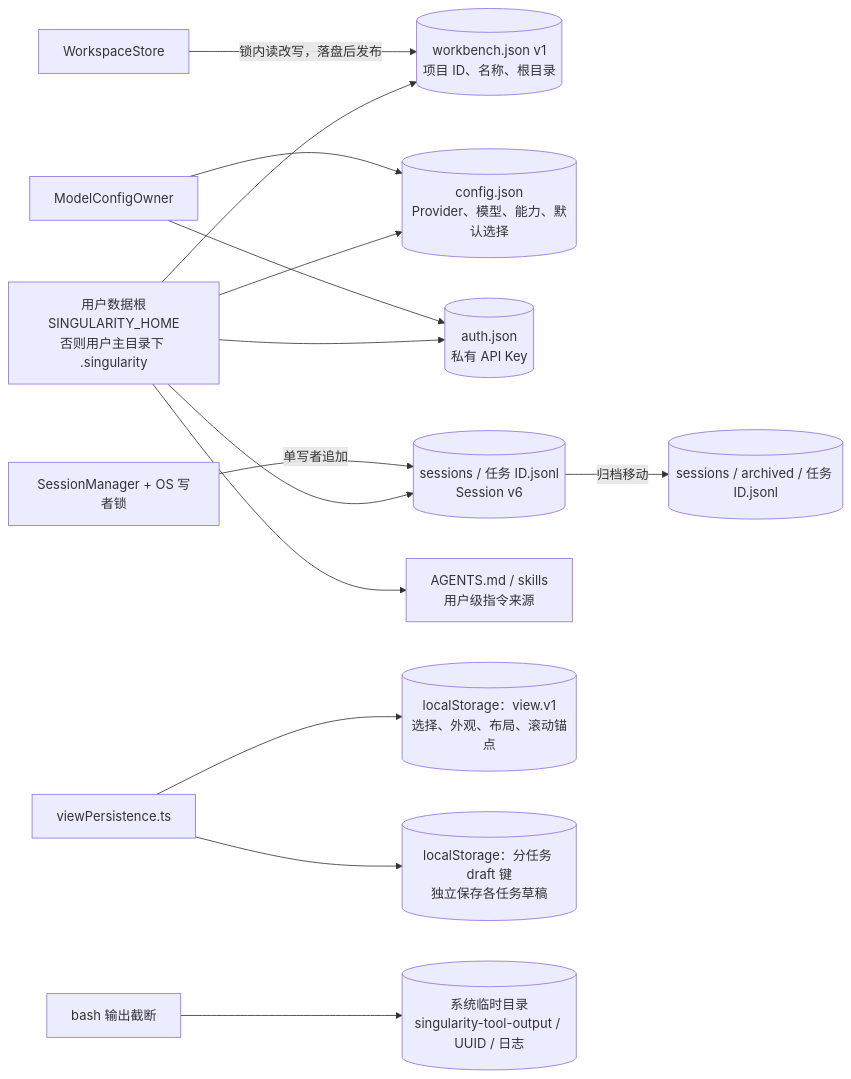
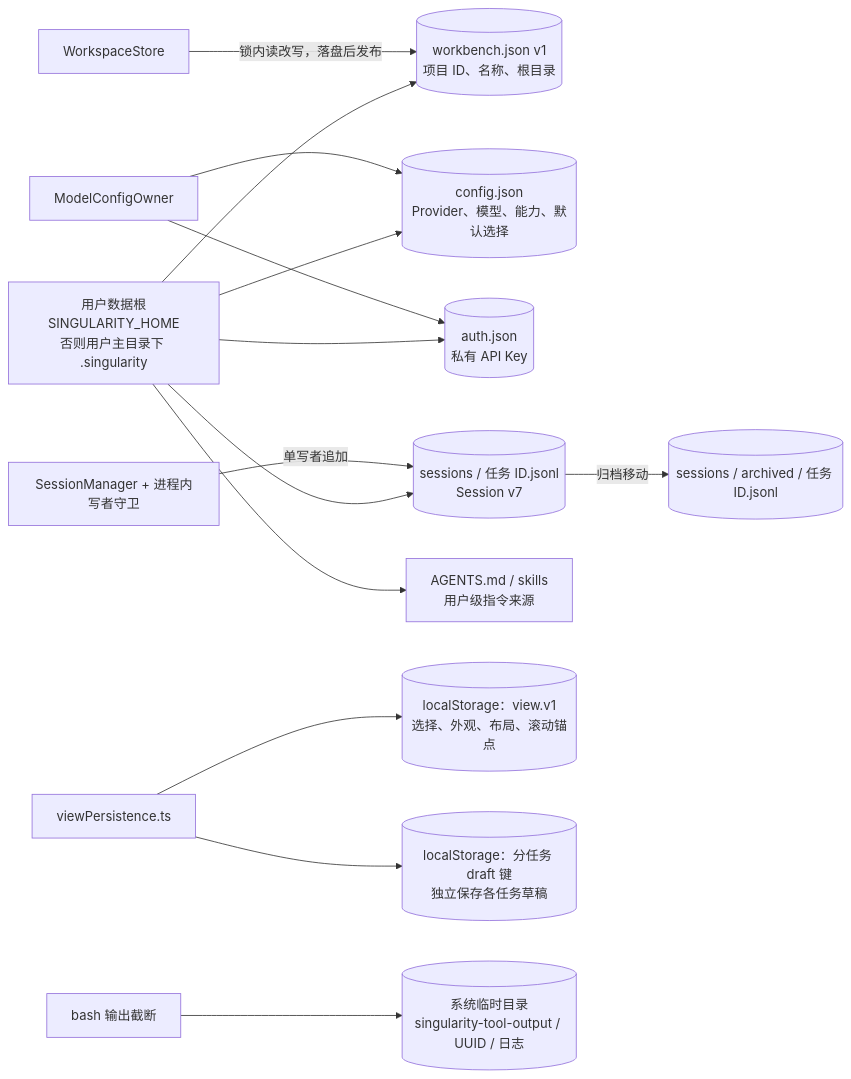
One commit to qjcnmd/singularity-agent changed the sixth of 29 diagrams in docs/singularity.md. Above: the diagram before and after it, drawn with Mermaid. The commit also changed other lines of this file and 99 other files, not shown here.

````diff
--- a/docs/singularity.md
+++ b/docs/singularity.md
@@ -157,16 +155,16 @@
 ```mermaid
 flowchart LR
     Home["用户数据根<br/>SINGULARITY_HOME<br/>否则用户主目录下 .singularity"] --> WorkbenchFile[("workbench.json v1<br/>项目 ID、名称、根目录")]
     Home --> Config[("config.json<br/>Provider、模型、能力、默认选择")]
     Home --> Auth[("auth.json<br/>私有 API Key")]
-    Home --> Ledger[("sessions / 任务 ID.jsonl<br/>Session v6")]
+    Home --> Ledger[("sessions / 任务 ID.jsonl<br/>Session v7")]
     Ledger -->|"归档移动"| Archive[("sessions / archived / 任务 ID.jsonl")]
     Home --> Instructions["AGENTS.md / skills<br/>用户级指令来源"]
     WorkspaceStore["WorkspaceStore"] -->|"锁内读改写，落盘后发布"| WorkbenchFile
     ModelOwner["ModelConfigOwner"] --> Config
     ModelOwner --> Auth
-    Manager["SessionManager + OS 写者锁"] -->|"单写者追加"| Ledger
+    Manager["SessionManager + 进程内写者守卫"] -->|"单写者追加"| Ledger
     Browser["viewPersistence.ts"] --> View[("localStorage：view.v1<br/>选择、外观、布局、滚动锚点")]
     Browser --> Draft[("localStorage：分任务 draft 键<br/>独立保存各任务草稿")]
     Bash["bash 输出截断"] --> Temp[("系统临时目录<br/>singularity-tool-output / UUID / 日志")]
 ```
````
